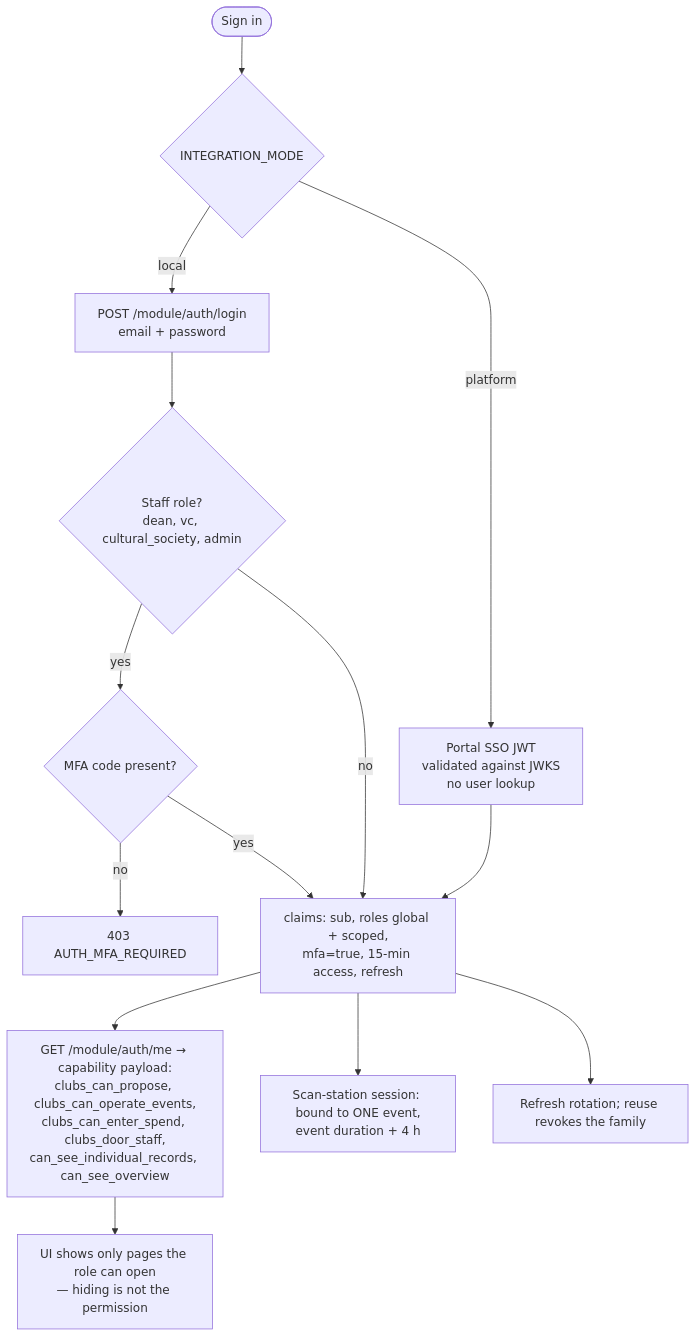
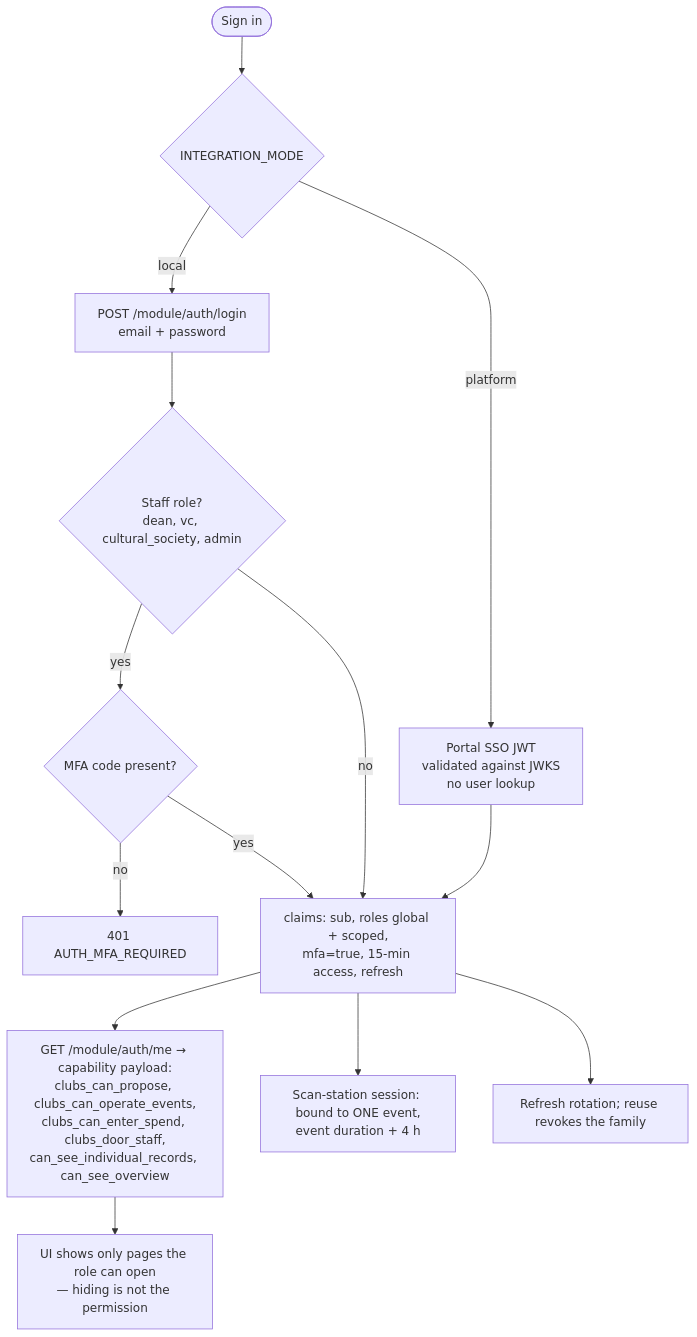
Diagram 14 of 14 in docs/FLOWS.md (ChargingTrex/culturals-clubs-events), drawn with Mermaid before and after one commit. The commit also changed 2 other files, not shown here.

Commit message:
Checklist: F-01/F-02 verified, B-09 scope from W5, B-16 category filter; FLOWS: MFA refusal is 401

````diff
--- a/docs/FLOWS.md
+++ b/docs/FLOWS.md
@@ -434,16 +434,16 @@
 ```mermaid
 flowchart TD
   A([Sign in]) --> B{INTEGRATION_MODE}
   B -->|local| C[POST /module/auth/login<br/>email + password]
   B -->|platform| D[Portal SSO JWT<br/>validated against JWKS<br/>no user lookup]
   C --> E{Staff role?<br/>dean, vc, cultural_society, admin}
   E -->|yes| F{MFA code present?}
-  F -->|no| X[403 AUTH_MFA_REQUIRED]
+  F -->|no| X[401 AUTH_MFA_REQUIRED]
   F -->|yes| G[claims: sub, roles global + scoped,<br/>mfa=true, 15-min access, refresh]
   E -->|no| G
   D --> G
   G --> H[GET /module/auth/me → capability payload:<br/>clubs_can_propose, clubs_can_operate_events,<br/>clubs_can_enter_spend, clubs_door_staff,<br/>can_see_individual_records, can_see_overview]
   H --> I[UI shows only pages the role can open<br/>— hiding is not the permission]
   G --> J[Scan-station session: bound to ONE event,<br/>event duration + 4 h]
   G --> K[Refresh rotation; reuse revokes the family]
 ```
````
